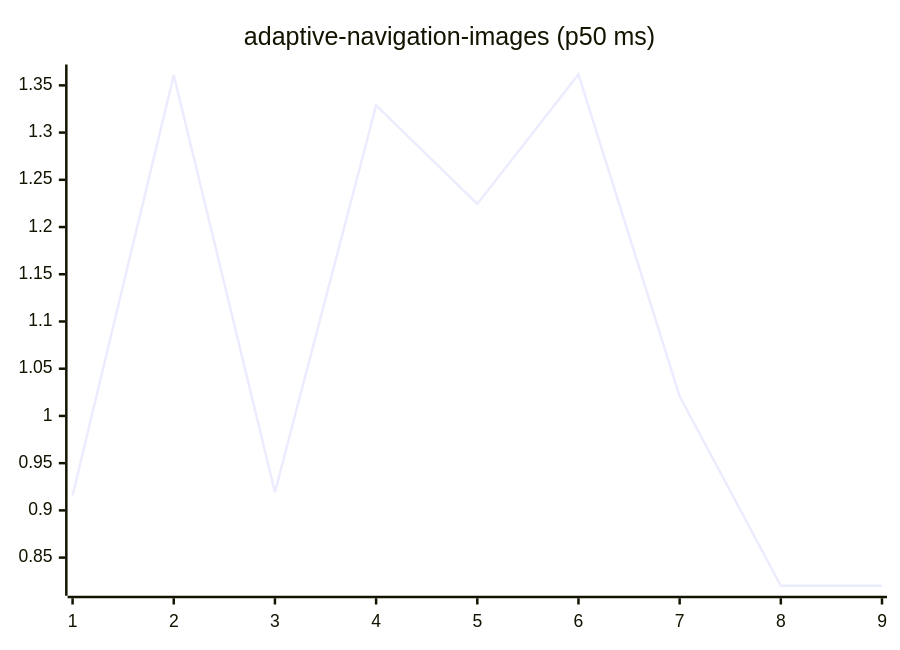
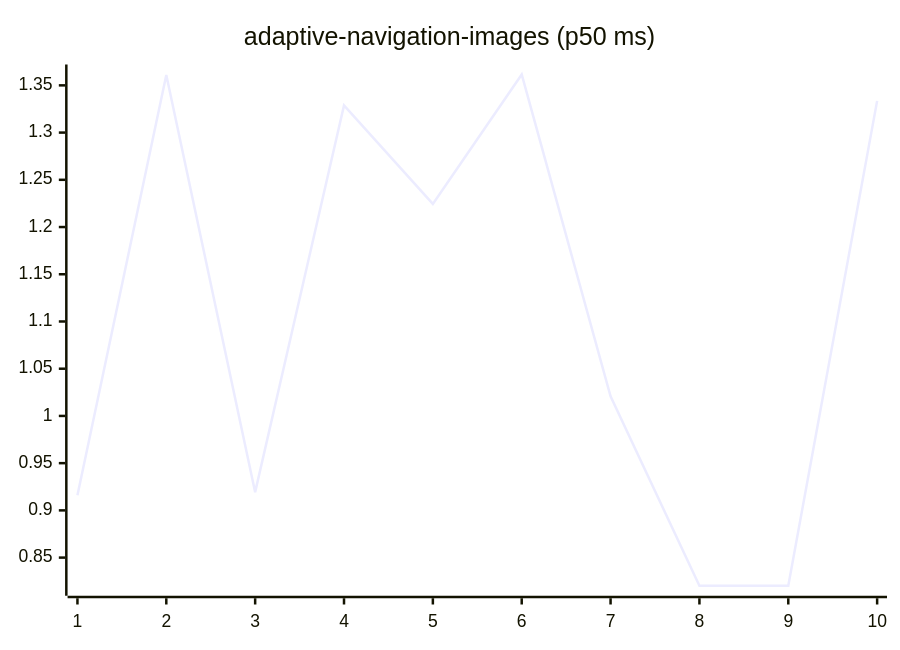
One commit to josha/Facet changed the first of 27 diagrams in README.md. Above: the diagram before and after it, drawn with Mermaid. The commit also changed other lines of this file and 2 other files, not shown here.

````diff
--- a/README.md
+++ b/README.md
@@ -63,6 +63,6 @@
 ```mermaid
 xychart-beta
     title "adaptive-navigation-images (p50 ms)"
-    x-axis 1 --> 9
-    line [0.9159, 1.3609, 0.9193, 1.3288, 1.2245, 1.3615, 1.0208, 0.8202, 0.8203]
+    x-axis 1 --> 10
+    line [0.9159, 1.3609, 0.9193, 1.3288, 1.2245, 1.3615, 1.0208, 0.8202, 0.8203, 1.3336]
 ```
````
